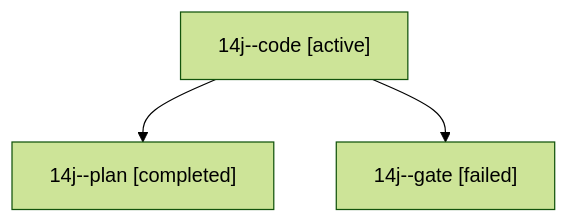
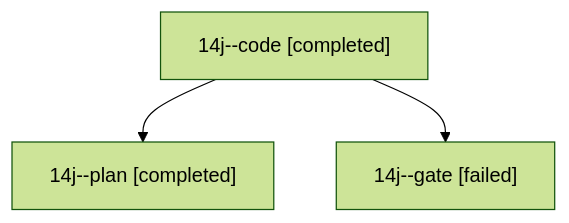
The diagram in sessions/bbugyi200.athena.14j.md (bobs-org/bob-cli--agents), drawn with Mermaid (forest theme) before and after one commit. The commit also changed other lines of this file and 230 other files, not shown here.

````diff
--- a/sessions/bbugyi200.athena.14j.md
+++ b/sessions/bbugyi200.athena.14j.md
@@ -9,8 +9,8 @@
 ```mermaid
 flowchart TD
-  n0["14j--code [active]"]
+  n0["14j--code [completed]"]
   n1["14j--plan [completed]"]
   n0 --> n1
   n2["14j--gate [failed]"]
   n0 --> n2
 ```
````
